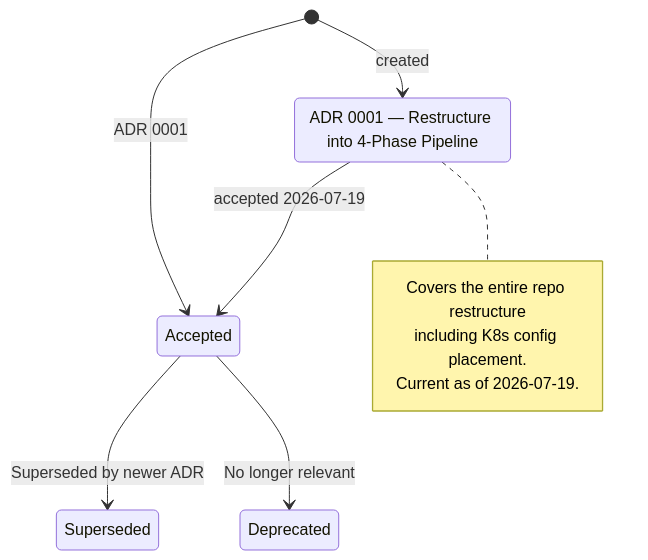
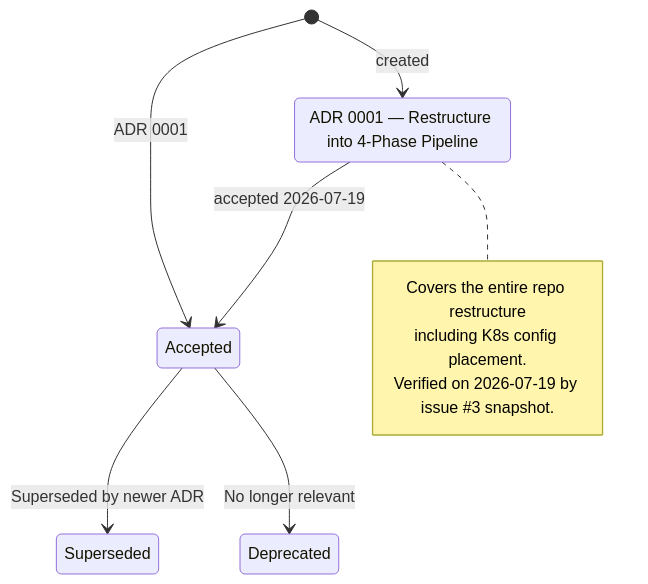
Before and after one commit to padawont/Homelab: the diagram in status/current-adr/kubernetes.md, drawn with Mermaid. The commit also changed other lines of this file and 1 other file, not shown here.

Commit message:
fix(status): populate updated_by in current-adr files

````diff
--- a/status/current-adr/kubernetes.md
+++ b/status/current-adr/kubernetes.md
@@ -11,16 +11,16 @@
 ```mermaid
 stateDiagram-v2
     [*] --> Accepted: ADR 0001
     Accepted --> Superseded: Superseded by newer ADR
     Accepted --> Deprecated: No longer relevant
 
     state "ADR 0001 — Restructure into 4-Phase Pipeline" as adr0001
     [*] --> adr0001: created
     adr0001 --> Accepted: accepted 2026-07-19
 
     note right of adr0001
         Covers the entire repo restructure
         including K8s config placement.
-        Current as of 2026-07-19.
+        Verified on 2026-07-19 by issue #3 snapshot.
     end note
 ```
````
